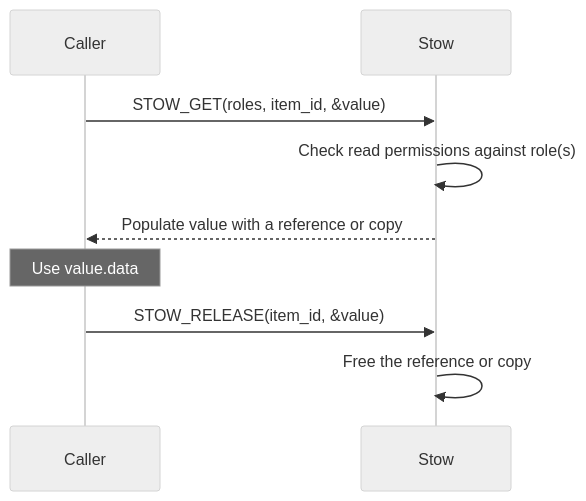
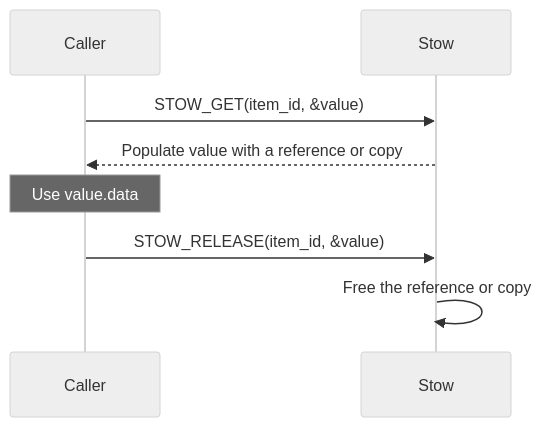
Before and after one commit to Demizo/Gantry: the first of 2 diagrams in docs/source/stow/api.rst, drawn with Mermaid. The commit also changed other lines of this file and 21 other files, not shown here.

```diff
--- a/docs/source/stow/api.rst
+++ b/docs/source/stow/api.rst
@@ -47,13 +47,12 @@
 .. mermaid::
 
    %%{init: {"theme": "neutral"}}%%
    sequenceDiagram
        participant Caller
        participant Stow
 
-       Caller->>Stow: STOW_GET(roles, item_id, &value)
-       Stow->>Stow: Check read permissions against role(s)
+       Caller->>Stow: STOW_GET(item_id, &value)
        Stow-->>Caller: Populate value with a reference or copy
        Note over Caller: Use value.data
        Caller->>Stow: STOW_RELEASE(item_id, &value)
        Stow->>Stow: Free the reference or copy
```
